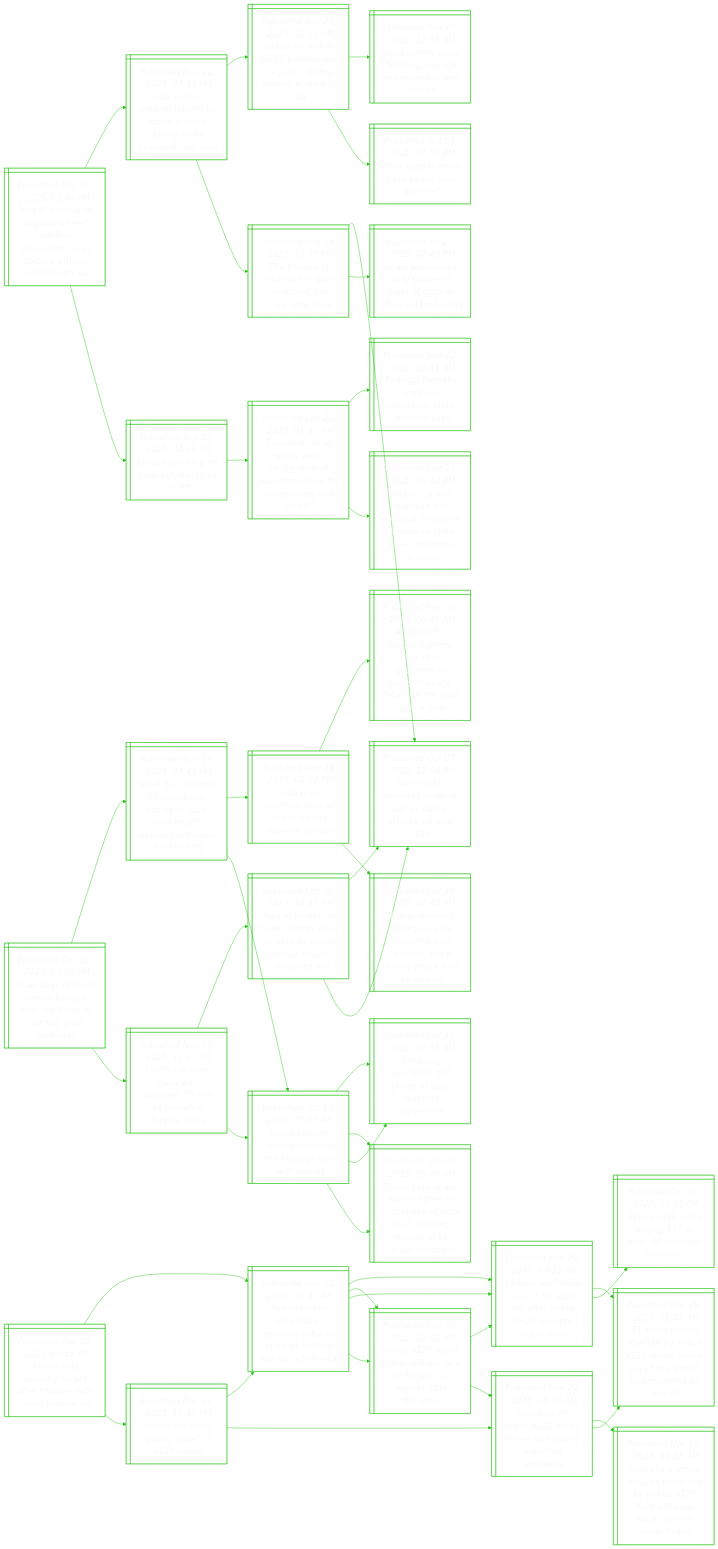
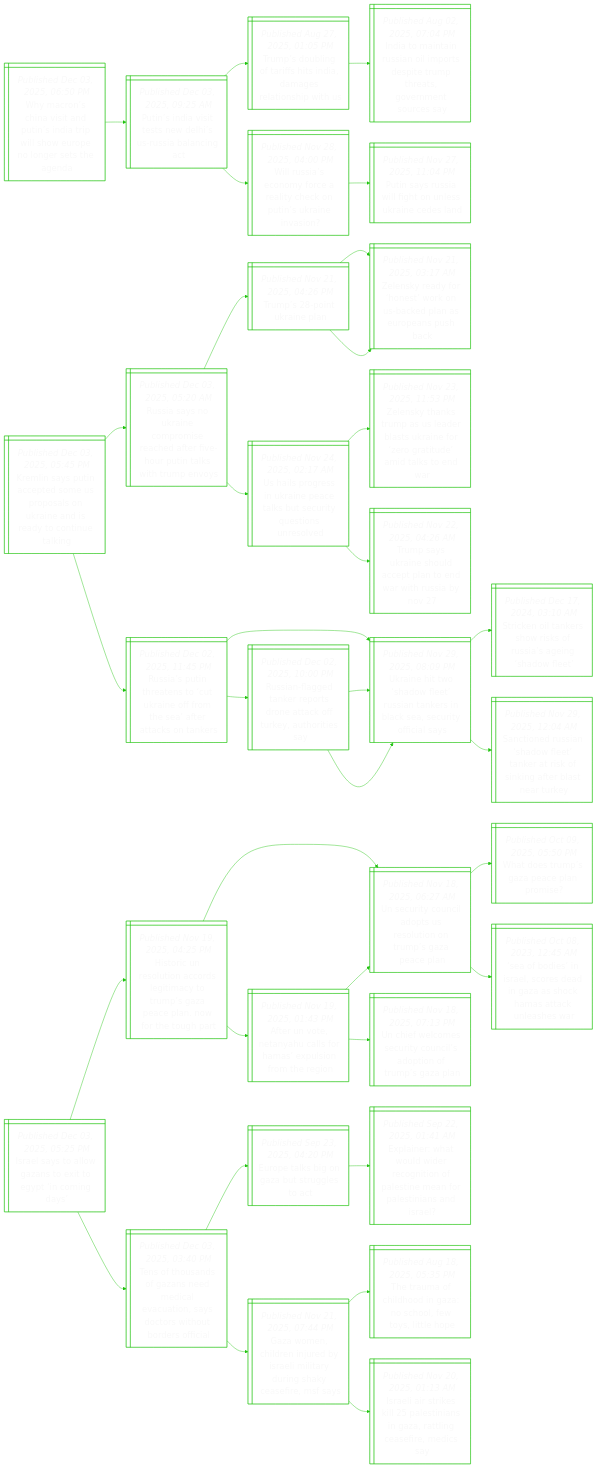
One commit to notJmes/notJmes changed the diagram in README.md. Above: the diagram before and after it, drawn with Mermaid. The commit also changed other lines of this file, not shown here.

````diff
--- a/README.md
+++ b/README.md
@@ -16,133 +16,112 @@
 flowchart LR
 classDef txtsize font-size:20px;
 
-Asderfrehpa@{ shape: win-pane, label: "_Published Dec 03, 2025, 03:45 PM_
-Airbus cuts delivery target after troubles with most popular jet" }
-Asiuyea@{ shape: win-pane, label: "_Published Dec 01, 2025, 10:40 PM_
-Airbus confirms ‘quality issue’ on a320 panels" }
-Aseocrdpscoi@{ shape: win-pane, label: "_Published Nov 29, 2025, 04:03 AM_
-Airbus issues major a320 recall; travel disruptions expected worldwide" }
-Spscyuciefsdmeo@{ shape: win-pane, label: "_Published Nov 29, 2025, 11:42 AM_
-21 scoot planes affected by airbus a320 recall; airline says fixes should be completed on nov 29" }
-AaJawmeiAtwsasft@{ shape: win-pane, label: "_Published Nov 29, 2025, 09:15 AM_
-Australia’s jetstar airways impacted by airbus a320 fleet software issue, cancels some flights" }
-Assrnlsaisiita@{ shape: win-pane, label: "_Published Dec 01, 2025, 08:41 AM_
-Airbus makes progress in resolving software crisis as airlines ride out a320 recall" }
-AsaoieexUoidp@{ shape: win-pane, label: "_Published Nov 30, 2025, 08:40 AM_
-Airbus a320 recall: global airlines race to fix jets; us reports little disruption" }
-Anrdexsruassav@{ shape: win-pane, label: "_Published Nov 29, 2025, 03:25 PM_
-Airlines worldwide race to fix a320 jets after airbus recall disrupts global travel" }
-Assrnlsaisiita@{ shape: win-pane, label: "_Published Dec 01, 2025, 08:41 AM_
-Airbus makes progress in resolving software crisis as airlines ride out a320 recall" }
-AsaoieexUoidp@{ shape: win-pane, label: "_Published Nov 30, 2025, 08:40 AM_
-Airbus a320 recall: global airlines race to fix jets; us reports little disruption" }
-Aseocrdpscoi@{ shape: win-pane, label: "_Published Nov 29, 2025, 04:03 AM_
-Airbus issues major a320 recall; travel disruptions expected worldwide" }
-Anrdexsruassav@{ shape: win-pane, label: "_Published Nov 29, 2025, 03:25 PM_
-Airlines worldwide race to fix a320 jets after airbus recall disrupts global travel" }
-Anrdexsruassav@{ shape: win-pane, label: "_Published Nov 29, 2025, 03:25 PM_
-Airlines worldwide race to fix a320 jets after airbus recall disrupts global travel" }
-Astimerts@{ shape: win-pane, label: "_Published Oct 07, 2025, 06:41 PM_
-Airbus a320 ousts boeing 737 as most-delivered jet in history" }
-Spscyuciefsdmeo@{ shape: win-pane, label: "_Published Nov 29, 2025, 11:42 AM_
-21 scoot planes affected by airbus a320 recall; airline says fixes should be completed on nov 29" }
+WcCvatnrlwposhn@{ shape: win-pane, label: "_Published Dec 03, 2025, 06:50 PM_
+Why macron’s china visit and putin’s india trip will show europe no longer sets the agenda" }
+PsatseUsln@{ shape: win-pane, label: "_Published Dec 03, 2025, 09:25 AM_
+Putin’s india visit tests new delhi’s us-russia balancing act" }
+TslfftiaeopU@{ shape: win-pane, label: "_Published Aug 27, 2025, 01:05 PM_
+Trump’s doubling of tariffs hits india, damages relationship with us" }
+ItnRaitprhsrtcy@{ shape: win-pane, label: "_Published Aug 02, 2025, 07:04 PM_
+India to maintain russian oil imports despite trump threats, government sources say" }
+Wusoreyktkes@{ shape: win-pane, label: "_Published Nov 28, 2025, 04:00 PM_
+Will russia’s economy force a reality check on putin’s ukraine invasion?" }
+Psuwinsaea@{ shape: win-pane, label: "_Published Nov 27, 2025, 11:04 PM_
+Putin says russia will fight on unless ukraine cedes land" }
 
-Asderfrehpa:::txtsize --> Asiuyea:::txtsize
-Asiuyea:::txtsize --> Aseocrdpscoi:::txtsize
-Aseocrdpscoi:::txtsize --> Spscyuciefsdmeo:::txtsize
-Aseocrdpscoi:::txtsize --> AaJawmeiAtwsasft:::txtsize
-Asiuyea:::txtsize --> Assrnlsaisiita:::txtsize
-Assrnlsaisiita:::txtsize --> AsaoieexUoidp:::txtsize
-Assrnlsaisiita:::txtsize --> Anrdexsruassav:::txtsize
-Asderfrehpa:::txtsize --> Assrnlsaisiita:::txtsize
-Assrnlsaisiita:::txtsize --> AsaoieexUoidp:::txtsize
-AsaoieexUoidp:::txtsize --> Aseocrdpscoi:::txtsize
-AsaoieexUoidp:::txtsize --> Anrdexsruassav:::txtsize
-Assrnlsaisiita:::txtsize --> Anrdexsruassav:::txtsize
-Anrdexsruassav:::txtsize --> Astimerts:::txtsize
-Anrdexsruassav:::txtsize --> Spscyuciefsdmeo:::txtsize
+WcCvatnrlwposhn:::txtsize --> PsatseUsln:::txtsize
+PsatseUsln:::txtsize --> TslfftiaeopU:::txtsize
+TslfftiaeopU:::txtsize --> ItnRaitprhsrtcy:::txtsize
+PsatseUsln:::txtsize --> Wusoreyktkes:::txtsize
+Wusoreyktkes:::txtsize --> Psuwinsaea:::txtsize
 
+Kisnpopsnidacnl@{ shape: win-pane, label: "_Published Dec 03, 2025, 05:45 PM_
+Kremlin says putin accepted some us proposals on ukraine and is ready to continue talking" }
+Ranaomedrhuaiuv@{ shape: win-pane, label: "_Published Dec 03, 2025, 05:20 AM_
+Russia says no ukraine compromise reached after five-hour putin talks with trump envoys" }
+Tstia@{ shape: win-pane, label: "_Published Nov 21, 2025, 04:26 PM_
+Trump’s 28-point ukraine plan" }
+Zsarskbdaosb@{ shape: win-pane, label: "_Published Nov 21, 2025, 03:17 AM_
+Zelensky ready for ‘honest’ work on us-backed plan as europeans push back" }
+Zsarskbdaosb@{ shape: win-pane, label: "_Published Nov 21, 2025, 03:17 AM_
+Zelensky ready for ‘honest’ work on us-backed plan as europeans push back" }
+Ulgiaeauuqinl@{ shape: win-pane, label: "_Published Nov 24, 2025, 02:17 AM_
+Us hails progress in ukraine peace talks but security questions unresolved" }
+ZsarsalUnzruikn@{ shape: win-pane, label: "_Published Nov 23, 2025, 11:53 PM_
+Zelensky thanks trump as us leader blasts ukraine for ‘zero gratitude’ amid talks to end war" }
+Tskeleanwub@{ shape: win-pane, label: "_Published Nov 22, 2025, 04:26 AM_
+Trump says ukraine should accept plan to end war with russia by nov 27" }
+Raiestiftarctr@{ shape: win-pane, label: "_Published Dec 02, 2025, 11:45 PM_
+Russia’s putin threatens to ‘cut ukraine off from the sea’ after attacks on tankers" }
+UntaluneBScyca@{ shape: win-pane, label: "_Published Nov 29, 2025, 08:09 PM_
+Ukraine hit two ‘shadow fleet’ russian tankers in black sea, security official says" }
+Skleokusnde@{ shape: win-pane, label: "_Published Dec 17, 2024, 03:10 AM_
+Stricken oil tankers show risks of russia’s ageing ‘shadow fleet’" }
+SiRadentokfler@{ shape: win-pane, label: "_Published Nov 29, 2025, 12:04 AM_
+Sanctioned russian ‘shadow fleet’ tanker at risk of sinking after blast near turkey" }
+Ragartnafehiy@{ shape: win-pane, label: "_Published Dec 02, 2025, 10:00 PM_
+Russian-flagged tanker reports drone attack off turkey, authorities say" }
+UntaluneBScyca@{ shape: win-pane, label: "_Published Nov 29, 2025, 08:09 PM_
+Ukraine hit two ‘shadow fleet’ russian tankers in black sea, security official says" }
+UntaluneBScyca@{ shape: win-pane, label: "_Published Nov 29, 2025, 08:09 PM_
+Ukraine hit two ‘shadow fleet’ russian tankers in black sea, security official says" }
+
+Kisnpopsnidacnl:::txtsize --> Ranaomedrhuaiuv:::txtsize
+Ranaomedrhuaiuv:::txtsize --> Tstia:::txtsize
+Tstia:::txtsize --> Zsarskbdaosb:::txtsize
+Tstia:::txtsize --> Zsarskbdaosb:::txtsize
+Ranaomedrhuaiuv:::txtsize --> Ulgiaeauuqinl:::txtsize
+Ulgiaeauuqinl:::txtsize --> ZsarsalUnzruikn:::txtsize
+Ulgiaeauuqinl:::txtsize --> Tskeleanwub:::txtsize
+Kisnpopsnidacnl:::txtsize --> Raiestiftarctr:::txtsize
+Raiestiftarctr:::txtsize --> UntaluneBScyca:::txtsize
+UntaluneBScyca:::txtsize --> Skleokusnde:::txtsize
+UntaluneBScyca:::txtsize --> SiRadentokfler:::txtsize
+Raiestiftarctr:::txtsize --> Ragartnafehiy:::txtsize
+Ragartnafehiy:::txtsize --> UntaluneBScyca:::txtsize
+Ragartnafehiy:::txtsize --> UntaluneBScyca:::txtsize
+
+Iltoaeotma@{ shape: win-pane, label: "_Published Dec 03, 2025, 05:25 PM_
+Israel says to allow gazans to exit to egypt ‘in coming days’" }
+HrruadicrGelwhgt@{ shape: win-pane, label: "_Published Nov 19, 2025, 04:25 PM_
+Historic un resolution accords legitimacy to trump’s gaza peace plan. now for the tough part" }
+UuCipruomzcn@{ shape: win-pane, label: "_Published Nov 18, 2025, 06:27 AM_
+Un security council adopts us resolution on trump’s gaza peace plan" }
+Wouaaam@{ shape: win-pane, label: "_Published Oct 09, 2025, 05:50 PM_
+What does trump’s gaza peace plan promise?" }
+Sbsrcdnacaale@{ shape: win-pane, label: "_Published Oct 08, 2023, 12:45 AM_
+‘sea of bodies’ in israel, scores dead in gaza as shock hamas attack unleashes war" }
+AUencfmpome@{ shape: win-pane, label: "_Published Nov 19, 2025, 01:43 PM_
+After un vote, netanyahu calls for hamas’ expulsion from the region" }
+UuCipruomzcn@{ shape: win-pane, label: "_Published Nov 18, 2025, 06:27 AM_
+Un security council adopts us resolution on trump’s gaza peace plan" }
+UecSiustfpa@{ shape: win-pane, label: "_Published Nov 18, 2025, 07:13 PM_
+Un chief welcomes security council’s adoption of trump’s gaza plan" }
 TfsoaeivtacWudfa@{ shape: win-pane, label: "_Published Dec 03, 2025, 03:40 PM_
 Tens of thousands of gazans need medical evacuation, says doctors without borders official" }
 Eesnbrec@{ shape: win-pane, label: "_Published Sep 23, 2025, 04:20 PM_
 Europe talks big on gaza but struggles to act" }
 Eihudctfsmoeina@{ shape: win-pane, label: "_Published Sep 22, 2025, 01:41 AM_
 Explainer: what would wider recognition of palestine mean for palestinians and israel?" }
-BiasiPgcseiaroni@{ shape: win-pane, label: "_Published Sep 21, 2025, 09:34 PM_
-Britain, canada, australia and portugal recognise palestinian state; israel condemns decision" }
-Pgrygssatis@{ shape: win-pane, label: "_Published Sep 22, 2025, 03:41 AM_
-Portugal formally recognises palestinian state, minister says" }
 Goheuyelynksea@{ shape: win-pane, label: "_Published Nov 21, 2025, 07:44 PM_
 Gaza women, children injured by israeli military during shaky ceasefire, msf says" }
 Tafdiahesle@{ shape: win-pane, label: "_Published Aug 18, 2025, 05:35 PM_
 The trauma of childhood in gaza: no school, few toys, little hope" }
-IludpsrGowog@{ shape: win-pane, label: "_Published Jul 27, 2025, 02:43 PM_
-Israel announces daily pauses in parts of gaza to allow aid for hungry" }
-NyeeawHakl@{ shape: win-pane, label: "_Published Oct 07, 2023, 12:04 PM_
-Netanyahu declares israel at war as hamas attacks kill over 100" }
 IlselsaGansec@{ shape: win-pane, label: "_Published Nov 20, 2025, 01:13 AM_
 Israeli air strikes kill 25 palestinians in gaza, rattling ceasefire, medics say" }
-Wouaaam@{ shape: win-pane, label: "_Published Oct 09, 2025, 05:50 PM_
-What does trump’s gaza peace plan promise?" }
-Gtbfiwneta@{ shape: win-pane, label: "_Published Nov 20, 2025, 12:33 AM_
-Gaza storms bring flooding, sewage and misery in tent camps" }
 
+Iltoaeotma:::txtsize --> HrruadicrGelwhgt:::txtsize
+HrruadicrGelwhgt:::txtsize --> UuCipruomzcn:::txtsize
+UuCipruomzcn:::txtsize --> Wouaaam:::txtsize
+UuCipruomzcn:::txtsize --> Sbsrcdnacaale:::txtsize
+HrruadicrGelwhgt:::txtsize --> AUencfmpome:::txtsize
+AUencfmpome:::txtsize --> UuCipruomzcn:::txtsize
+AUencfmpome:::txtsize --> UecSiustfpa:::txtsize
+Iltoaeotma:::txtsize --> TfsoaeivtacWudfa:::txtsize
 TfsoaeivtacWudfa:::txtsize --> Eesnbrec:::txtsize
 Eesnbrec:::txtsize --> Eihudctfsmoeina:::txtsize
-Eihudctfsmoeina:::txtsize --> BiasiPgcseiaroni:::txtsize
-Eihudctfsmoeina:::txtsize --> Pgrygssatis:::txtsize
 TfsoaeivtacWudfa:::txtsize --> Goheuyelynksea:::txtsize
 Goheuyelynksea:::txtsize --> Tafdiahesle:::txtsize
-Tafdiahesle:::txtsize --> IludpsrGowog:::txtsize
-Tafdiahesle:::txtsize --> NyeeawHakl:::txtsize
 Goheuyelynksea:::txtsize --> IlselsaGansec:::txtsize
-IlselsaGansec:::txtsize --> Wouaaam:::txtsize
-IlselsaGansec:::txtsize --> Gtbfiwneta:::txtsize
-
-Ilrnadetotass@{ shape: win-pane, label: "_Published Dec 03, 2025, 03:05 PM_
-Israel says remains hamas handed over not those of last two gaza hostages" }
-Dtrzssselld@{ shape: win-pane, label: "_Published Nov 29, 2025, 11:27 PM_
-Death toll from gaza war surpasses 70,000, as ceasefire largely holds" }
-Iliaeseoewa@{ shape: win-pane, label: "_Published Oct 10, 2025, 07:10 AM_
-Israeli cabinet ratifies ceasefire and hostage deal with hamas" }
-TssHaossaaorslaoe@{ shape: win-pane, label: "_Published Oct 09, 2025, 05:09 AM_
-Trump says israel, hamas agree on first phase of gaza deal, allowing release of all israeli hostages" }
-Pgoihfcfge@{ shape: win-pane, label: "_Published Oct 10, 2025, 06:53 AM_
-Pm wong welcomes first phase of gaza ceasefire agreement" }
-Sbsrcdnacaale@{ shape: win-pane, label: "_Published Oct 08, 2023, 12:45 AM_
-‘sea of bodies’ in israel, scores dead in gaza as shock hamas attack unleashes war" }
-NyeeawHakl@{ shape: win-pane, label: "_Published Oct 07, 2023, 12:04 PM_
-Netanyahu declares israel at war as hamas attacks kill over 100" }
-NyeeawHakl@{ shape: win-pane, label: "_Published Oct 07, 2023, 12:04 PM_
-Netanyahu declares israel at war as hamas attacks kill over 100" }
-IleeeidoseMtHrrr@{ shape: win-pane, label: "_Published Nov 26, 2025, 07:41 PM_
-Israel has returned 15 palestinian bodies to gaza, says health ministry in hamas-run territory" }
-Iliaeseoewa@{ shape: win-pane, label: "_Published Oct 10, 2025, 07:10 AM_
-Israeli cabinet ratifies ceasefire and hostage deal with hamas" }
-TssHaossaaorslaoe@{ shape: win-pane, label: "_Published Oct 09, 2025, 05:09 AM_
-Trump says israel, hamas agree on first phase of gaza deal, allowing release of all israeli hostages" }
-Pgoihfcfge@{ shape: win-pane, label: "_Published Oct 10, 2025, 06:53 AM_
-Pm wong welcomes first phase of gaza ceasefire agreement" }
-GrrswrHvnrs@{ shape: win-pane, label: "_Published Nov 24, 2025, 08:22 PM_
-Gaza truce progress slow as israeli-hamas violence persists" }
-Tdrcaaededlncbs@{ shape: win-pane, label: "_Published Oct 14, 2025, 07:45 PM_
-Trump declares victory as gaza ceasefire deal reached, but a lasting peace may be elusive" }
-AtHfezerydatoGel@{ shape: win-pane, label: "_Published Sep 30, 2025, 06:45 AM_
-Amnesty for hamas fighters, gaza to be governed by ‘board of peace’: details of the gaza peace plan" }
-
-Ilrnadetotass:::txtsize --> Dtrzssselld:::txtsize
-Dtrzssselld:::txtsize --> Iliaeseoewa:::txtsize
-Iliaeseoewa:::txtsize --> TssHaossaaorslaoe:::txtsize
-Iliaeseoewa:::txtsize --> Pgoihfcfge:::txtsize
-Dtrzssselld:::txtsize --> Sbsrcdnacaale:::txtsize
-Sbsrcdnacaale:::txtsize --> NyeeawHakl:::txtsize
-Sbsrcdnacaale:::txtsize --> NyeeawHakl:::txtsize
-Ilrnadetotass:::txtsize --> IleeeidoseMtHrrr:::txtsize
-IleeeidoseMtHrrr:::txtsize --> Iliaeseoewa:::txtsize
-Iliaeseoewa:::txtsize --> TssHaossaaorslaoe:::txtsize
-Iliaeseoewa:::txtsize --> Pgoihfcfge:::txtsize
-IleeeidoseMtHrrr:::txtsize --> GrrswrHvnrs:::txtsize
-GrrswrHvnrs:::txtsize --> Tdrcaaededlncbs:::txtsize
-GrrswrHvnrs:::txtsize --> AtHfezerydatoGel:::txtsize
 
 ```
````
